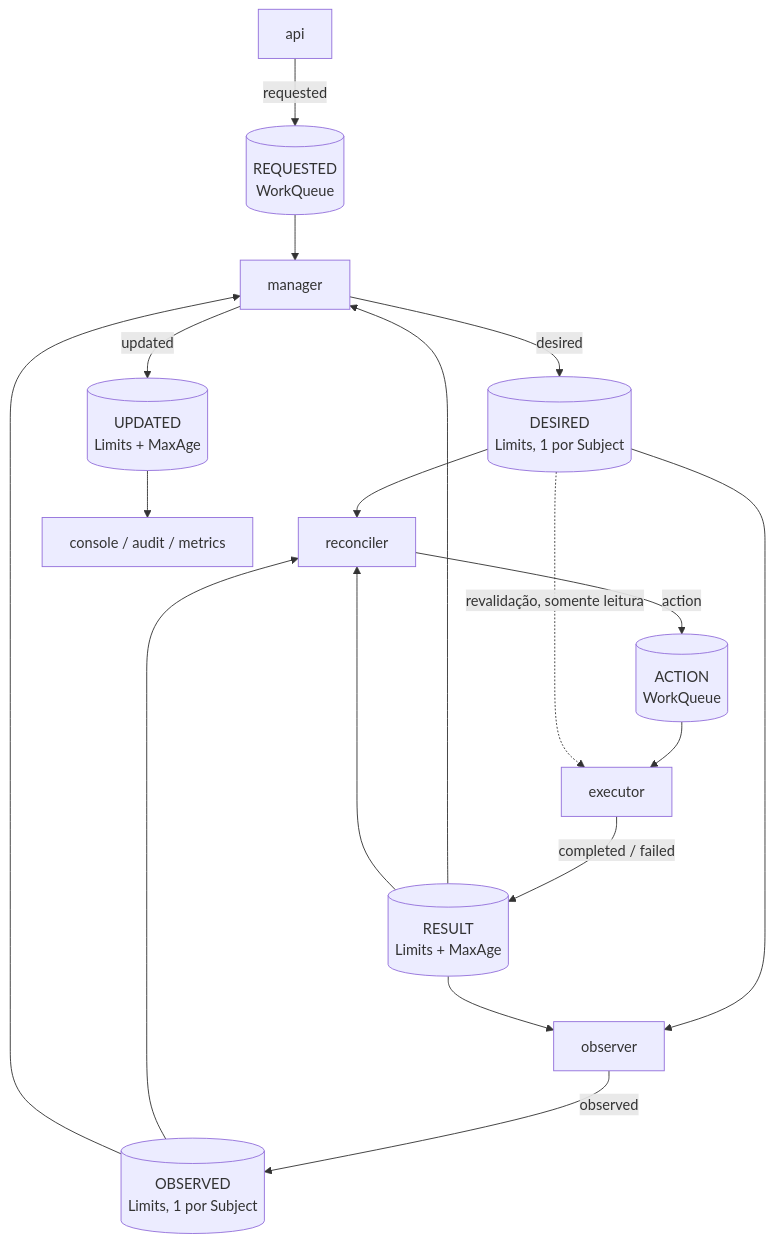
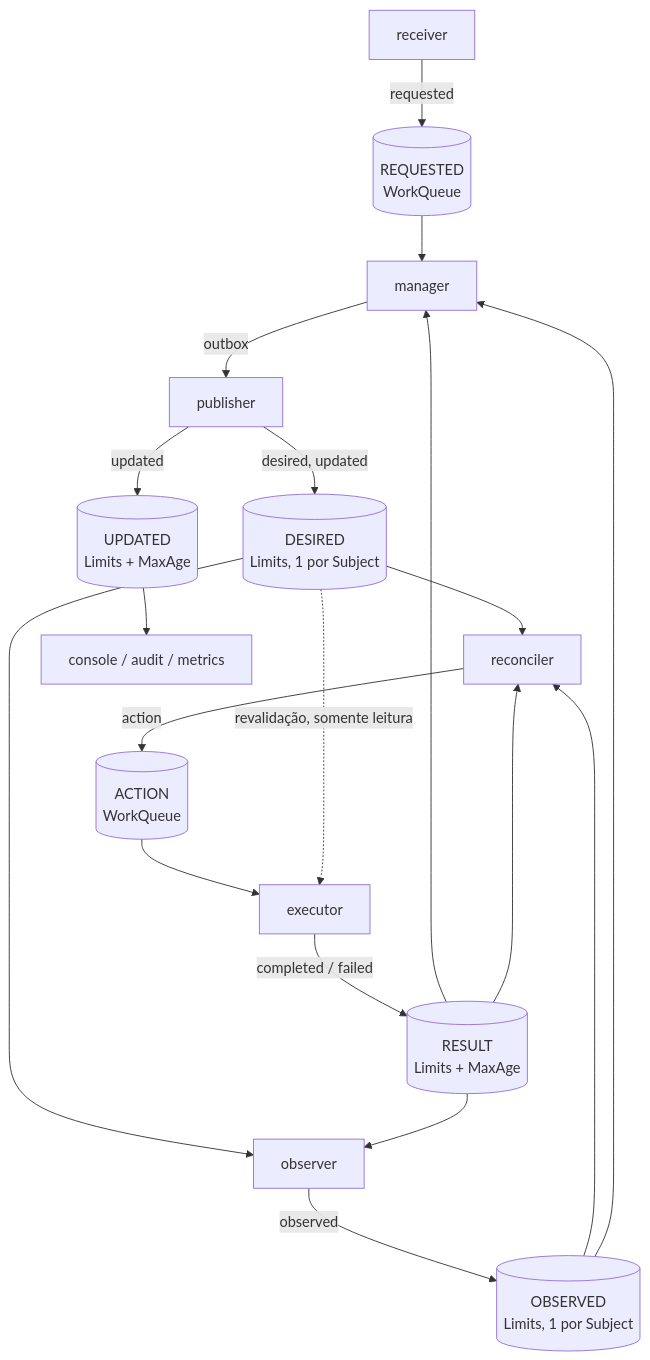
The fifth of 6 diagrams in docs/NATS.md (danielsabatini/smarkee), drawn with Mermaid before and after one commit. The commit also changed other lines of this file and 17 other files, not shown here.

````diff
--- a/docs/NATS.md
+++ b/docs/NATS.md
@@ -916,20 +933,21 @@
 ```mermaid
 graph TD
-    API[api] -->|requested| REQ[(REQUESTED<br/>WorkQueue)]
+    Receiver[receiver] -->|requested| REQ[(REQUESTED<br/>WorkQueue)]
     REQ --> MGR[manager]
-    MGR -->|desired| DES[(DESIRED<br/>Limits, 1 por Subject)]
+    MGR -->|outbox| RLY[publisher]
+    RLY -->|desired, updated| DES[(DESIRED<br/>Limits, 1 por Subject)]
     OBS[observer] -->|observed| OBSD[(OBSERVED<br/>Limits, 1 por Subject)]
     DES --> REC[reconciler]
     DES --> OBS
     OBSD --> REC
     OBSD --> MGR
     REC -->|action| ACT[(ACTION<br/>WorkQueue)]
     ACT --> EXE[executor]
     DES -.->|revalidação, somente leitura| EXE
     EXE -->|completed / failed| RES[(RESULT<br/>Limits + MaxAge)]
     RES --> MGR
     RES --> OBS
     RES --> REC
-    MGR -->|updated| UPD[(UPDATED<br/>Limits + MaxAge)]
+    RLY -->|updated| UPD[(UPDATED<br/>Limits + MaxAge)]
     UPD --> CON[console / audit / metrics]
 ```
````
